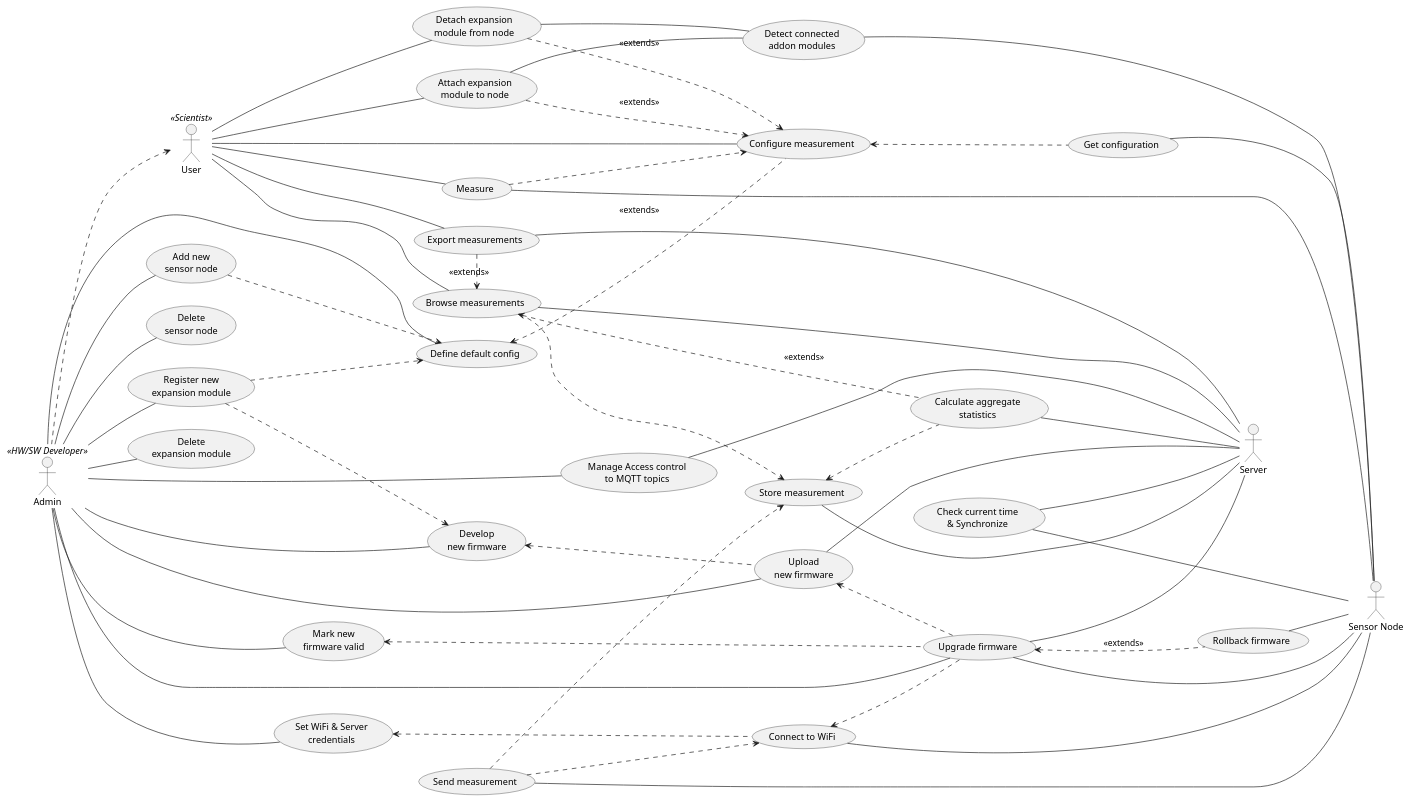
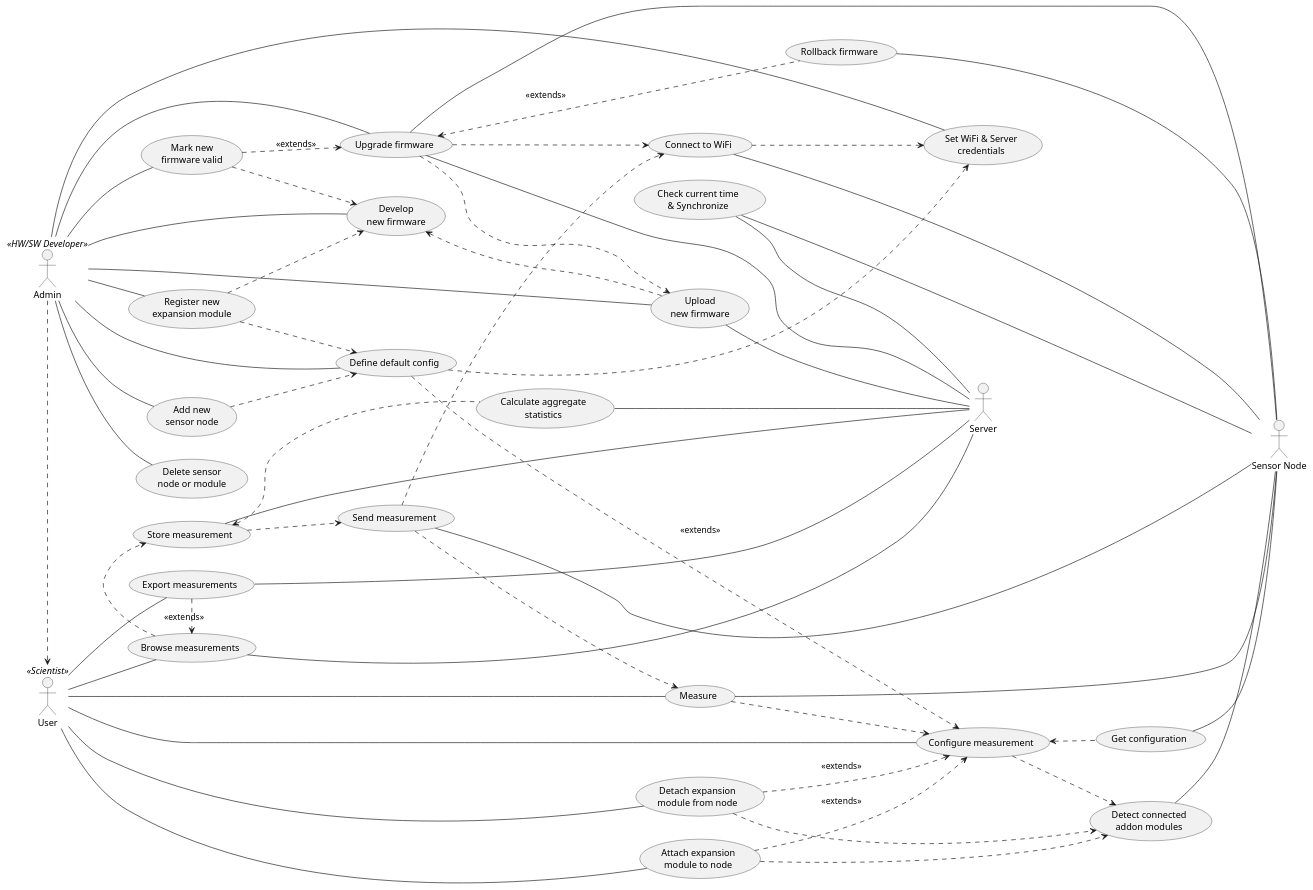
The diagram in docs/usecases.puml (Tulitomaatti/mittari), drawn with PlantUML before and after one commit.

Commit message:
Tuned usecase diagram.

```diff
--- a/docs/usecases.puml
+++ b/docs/usecases.puml
@@ -1,144 +1,141 @@
 @startuml
 left to right direction
 
 actor User as user <<Scientist>> 
 actor Admin as admin <<HW/SW Developer>> 
 actor "Sensor Node" as snode
 actor Server as server
 
 ' Rectangle { 
 usecase config_measurement as "Configure measurement"  
 usecase set_default_config as "Define default config"  
 usecase measure as "Measure" 
 usecase add_node as "Add new 
                     sensor node"
-usecase del_node as "Delete 
-                    sensor node"  
+usecase del_thing as "Delete sensor 
+                    node or module"  
 usecase add_module as "Register new 
-                    expansion module"
-usecase del_module as "Delete 
                     expansion module"
 usecase fw_dev as "Develop 
                     new firmware"  
 
 usecase fw_rollback as "Rollback firmware"  
 
 
 usecase attach_node as "Attach expansion 
                     module to node"  
 usecase detach_node as "Detach expansion 
                     module from node"  
 
 usecase net_config as "Set WiFi & Server 
                     credentials"
 usecase connect_wifi as "Connect to WiFi"
 
 
 ' Funky syntax hilight bug with base plantuml package? using "" instead of  "" seems to fix it. 
 
 'package Grafana {
 usecase browse_data as "Browse measurements" 
 usecase export_data as "Export measurements"
 '}
 
 'package "MQTT & InfluxDB & Telegraf" {
 usecase aggregate as "Calculate aggregate
                     statistics" 
 usecase store_data as "Store measurement"  
 usecase send_data as "Send measurement" 
 usecase get_conf as "Get configuration" 
-usecase manage_acl as "Manage Access control 
-                    to MQTT topics"
 
 usecase fw_validate as "Mark new 
                     firmware valid"
 usecase fw_upload as "Upload 
                     new firmware"  
 usecase fw_upgrade as "Upgrade firmware"  
 '}
 
 usecase detect_modules as "Detect connected
                         addon modules"
 
 usecase sync as "Check current time 
                         & Synchronize"
 ' }
 
 
 admin .> user 
 
 ' User actions
 user -- config_measurement
 user -- measure
 user -- attach_node
 user -- detach_node 
 user -- browse_data
 user -- export_data
 
 'Admin actions
 admin -- add_module
 admin -- add_node
-admin -- del_node
+admin -- del_thing
 admin -- fw_dev
 admin -- fw_upload
 admin -- fw_validate
-admin -- del_module
 admin -- set_default_config
-admin -- manage_acl
 admin -- net_config
 admin -- fw_upgrade
 
 
 'Node / Module basic functions
 detect_modules -- snode
 get_conf -- snode 
 sync -- snode 
 measure -- snode
 send_data -- snode
-fw_upgrade --- snode
+fw_upgrade -- snode
 fw_rollback -- snode
 connect_wifi -- snode
 
 'Server / db / mqtt basic functions 
 aggregate -- server
 store_data -- server
 fw_upload -- server
 fw_upgrade -- server
 sync -- server
 browse_data -- server
 export_data -- server
-manage_acl -- server
 
 
 'Inter-usecase relationships
-net_config <.. connect_wifi  
 
 measure ..> config_measurement
-set_default_config <.. config_measurement : <<extends>>
+config_measurement ..> detect_modules
+send_data ..> measure
+set_default_config ..> config_measurement : <<extends>>
+set_default_config ..> net_config
 
 send_data ..> connect_wifi
-send_data ..> store_data
+store_data ..> send_data 
 attach_node ..> config_measurement : <<extends>>
 detach_node ..> config_measurement : <<extends>>
 
-attach_node -- detect_modules
-detach_node -- detect_modules
+attach_node ..> detect_modules
+detach_node ..> detect_modules
 
 add_module ..> fw_dev
 add_module ..> set_default_config 
 add_node ..> set_default_config 
 
-fw_dev <.. fw_upload  
-fw_upload <.. fw_upgrade
-connect_wifi <.. fw_upgrade
+fw_dev <.. fw_upload 
+fw_validate ..> fw_dev
+fw_upgrade ..> fw_upload 
+fw_upgrade ..> connect_wifi
+connect_wifi ..> net_config
 fw_upgrade <.. fw_rollback : <<extends>> 
-fw_validate <.. fw_upgrade
+fw_validate ..> fw_upgrade : <<extends>> 
 
-config_measurement <.. get_conf 
+config_measurement <.. get_conf
+
 
 export_data .> browse_data : <<extends>>
+browse_data .> store_data
 
-browse_data ..> store_data
-browse_data <.. aggregate : <<extends>> 
 store_data <.. aggregate
 @enduml 
```
